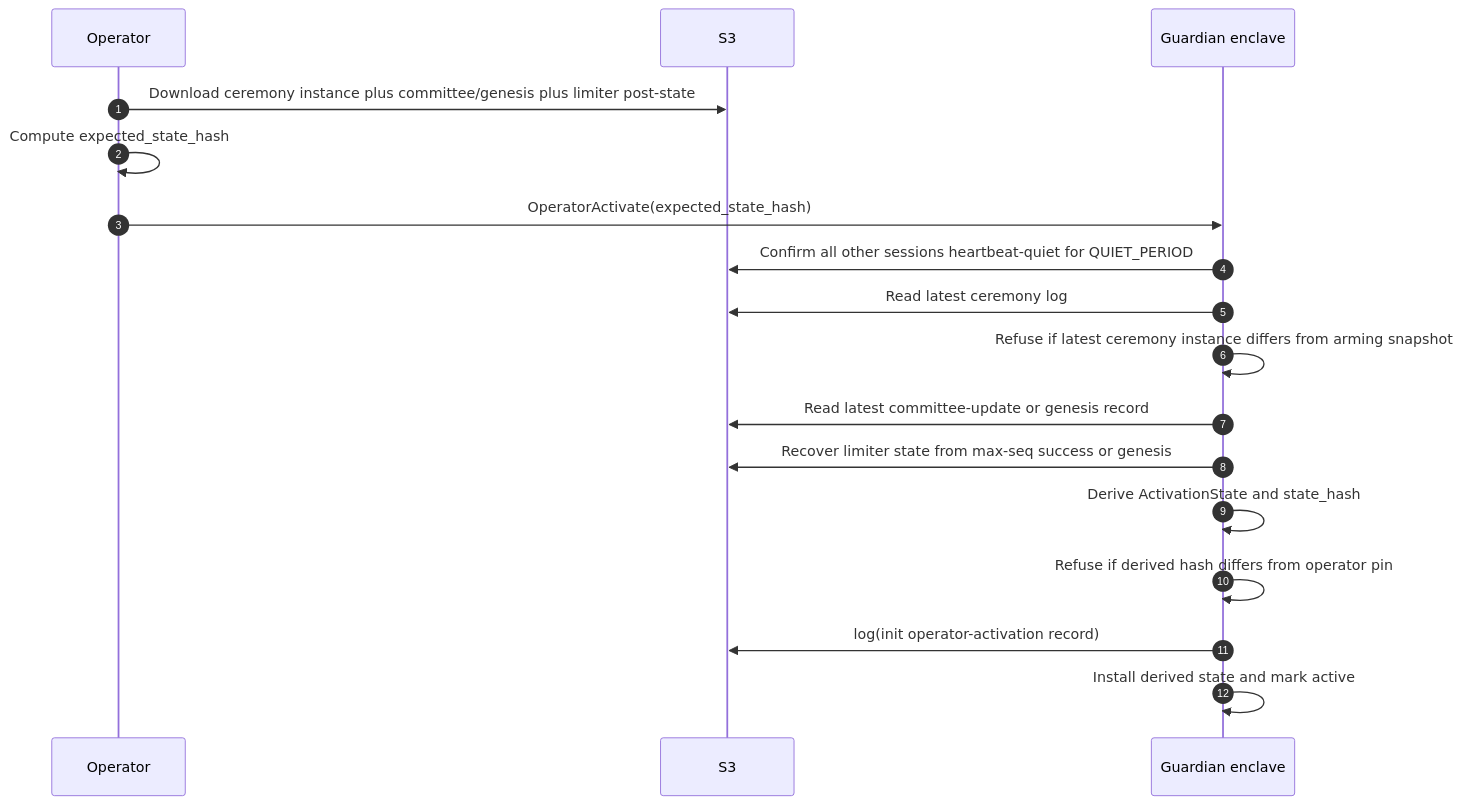
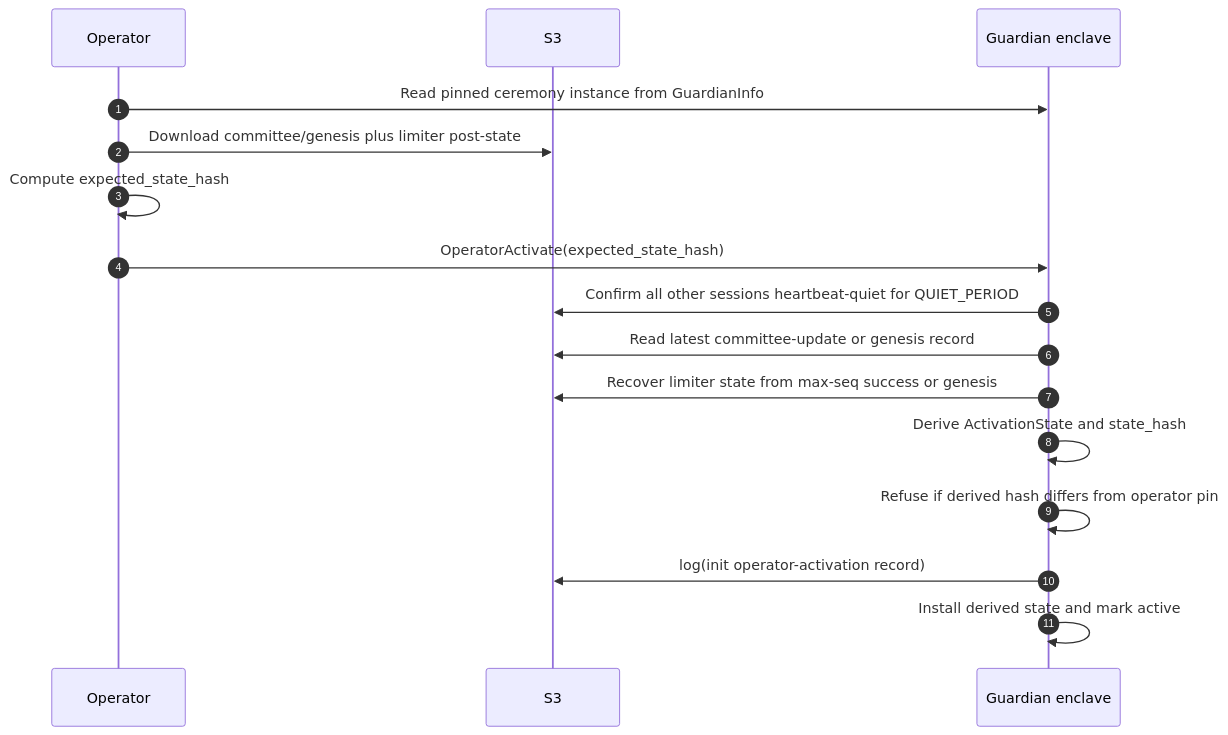
The third of 4 diagrams in design/docs/guardian.mdx (MystenLabs/hashi), drawn with Mermaid before and after one commit. The commit also changed other lines of this file and 3 other files, not shown here.

Commit message:
[Guardian] Document pinned ceremony state

````diff
--- a/design/docs/guardian.mdx
+++ b/design/docs/guardian.mdx
@@ -125,22 +125,21 @@
 ```mermaid
 sequenceDiagram
     autonumber
 
     participant Operator
     participant S3
     participant Guardian as Guardian enclave
 
-    Operator->>S3: Download ceremony instance plus committee/genesis plus limiter post-state
+    Operator->>Guardian: Read pinned ceremony instance from GuardianInfo
+    Operator->>S3: Download committee/genesis plus limiter post-state
     Operator->>Operator: Compute expected_state_hash
     Operator->>Guardian: OperatorActivate(expected_state_hash)
 
     Guardian->>S3: Confirm all other sessions heartbeat-quiet for QUIET_PERIOD
-    Guardian->>S3: Read latest ceremony log
-    Guardian->>Guardian: Refuse if latest ceremony instance differs from arming snapshot
     Guardian->>S3: Read latest committee-update or genesis record
     Guardian->>S3: Recover limiter state from max-seq success or genesis
     Guardian->>Guardian: Derive ActivationState and state_hash
     Guardian->>Guardian: Refuse if derived hash differs from operator pin
     Guardian->>S3: log(init operator-activation record)
     Guardian->>Guardian: Install derived state and mark active
 ```
````
